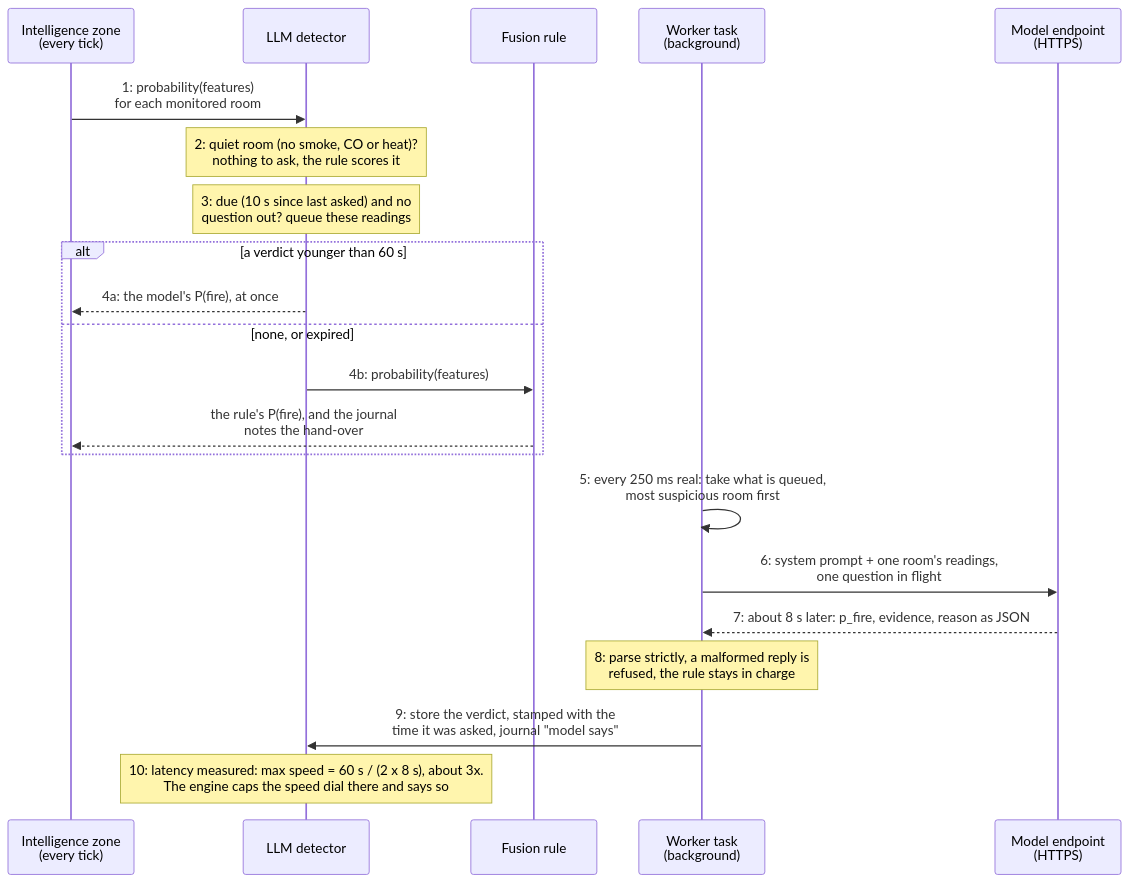
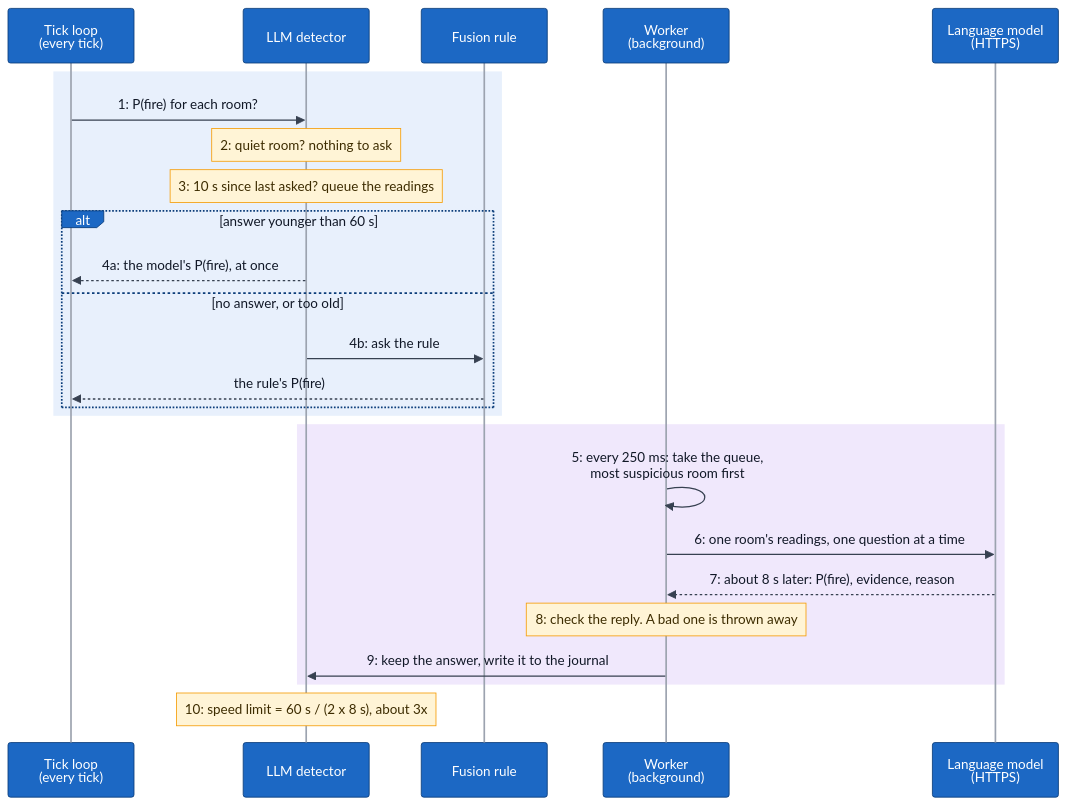
One commit to Ekpenyong-Esu/BuildSim-FireDetection changed the diagram in firelab/Embedded_Intelligence_at_the_edge_Project_Proposal/images/llm.mmd. Above: the diagram before and after it, drawn with Mermaid. The commit also changed 30 other files, not shown here.

```diff
--- a/firelab/Embedded_Intelligence_at_the_edge_Project_Proposal/images/llm.mmd
+++ b/firelab/Embedded_Intelligence_at_the_edge_Project_Proposal/images/llm.mmd
@@ -1,22 +1,27 @@
+%%{init: {"theme": "base", "themeVariables": {"actorBkg": "#1c68c4", "actorBorder": "#0b3d7a", "actorTextColor": "#ffffff", "actorLineColor": "#9ca3af", "signalColor": "#374151", "signalTextColor": "#111827", "noteBkgColor": "#fff4d6", "noteBorderColor": "#f59e0b", "noteTextColor": "#3d2c00", "labelBoxBkgColor": "#1c68c4", "labelBoxBorderColor": "#0b3d7a", "labelTextColor": "#ffffff", "loopTextColor": "#111827", "fontFamily": "Trebuchet MS, Arial, sans-serif"}}}%%
 %% How the language model scores a room without ever holding the tick up
 sequenceDiagram
-  participant INT as Intelligence zone<br/>(every tick)
+  participant INT as Tick loop<br/>(every tick)
   participant DET as LLM detector
   participant RULE as Fusion rule
-  participant WRK as Worker task<br/>(background)
-  participant EP as Model endpoint<br/>(HTTPS)
-  INT->>DET: 1: probability(features)<br/>for each monitored room
-  Note over DET: 2: quiet room (no smoke, CO or heat)?<br/>nothing to ask, the rule scores it
-  Note over DET: 3: due (10 s since last asked) and no<br/>question out? queue these readings
-  alt a verdict younger than 60 s
-    DET-->>INT: 4a: the model's P(fire), at once
-  else none, or expired
-    DET->>RULE: 4b: probability(features)
-    RULE-->>INT: the rule's P(fire), and the journal<br/>notes the hand-over
+  participant WRK as Worker<br/>(background)
+  participant EP as Language model<br/>(HTTPS)
+  rect rgb(232, 240, 252)
+    INT->>DET: 1: P(fire) for each room?
+    Note over DET: 2: quiet room? nothing to ask
+    Note over DET: 3: 10 s since last asked? queue the readings
+    alt answer younger than 60 s
+      DET-->>INT: 4a: the model's P(fire), at once
+    else no answer, or too old
+      DET->>RULE: 4b: ask the rule
+      RULE-->>INT: the rule's P(fire)
+    end
   end
-  WRK->>WRK: 5: every 250 ms real: take what is queued,<br/>most suspicious room first
-  WRK->>EP: 6: system prompt + one room's readings,<br/>one question in flight
-  EP-->>WRK: 7: about 8 s later: p_fire, evidence, reason as JSON
-  Note over WRK: 8: parse strictly, a malformed reply is<br/>refused, the rule stays in charge
-  WRK->>DET: 9: store the verdict, stamped with the<br/>time it was asked, journal "model says"
-  Note over DET: 10: latency measured: max speed = 60 s / (2 x 8 s), about 3x.<br/>The engine caps the speed dial there and says so
+  rect rgb(240, 232, 252)
+    WRK->>WRK: 5: every 250 ms: take the queue,<br/>most suspicious room first
+    WRK->>EP: 6: one room's readings, one question at a time
+    EP-->>WRK: 7: about 8 s later: P(fire), evidence, reason
+    Note over WRK: 8: check the reply. A bad one is thrown away
+    WRK->>DET: 9: keep the answer, write it to the journal
+  end
+  Note over DET: 10: speed limit = 60 s / (2 x 8 s), about 3x
```
